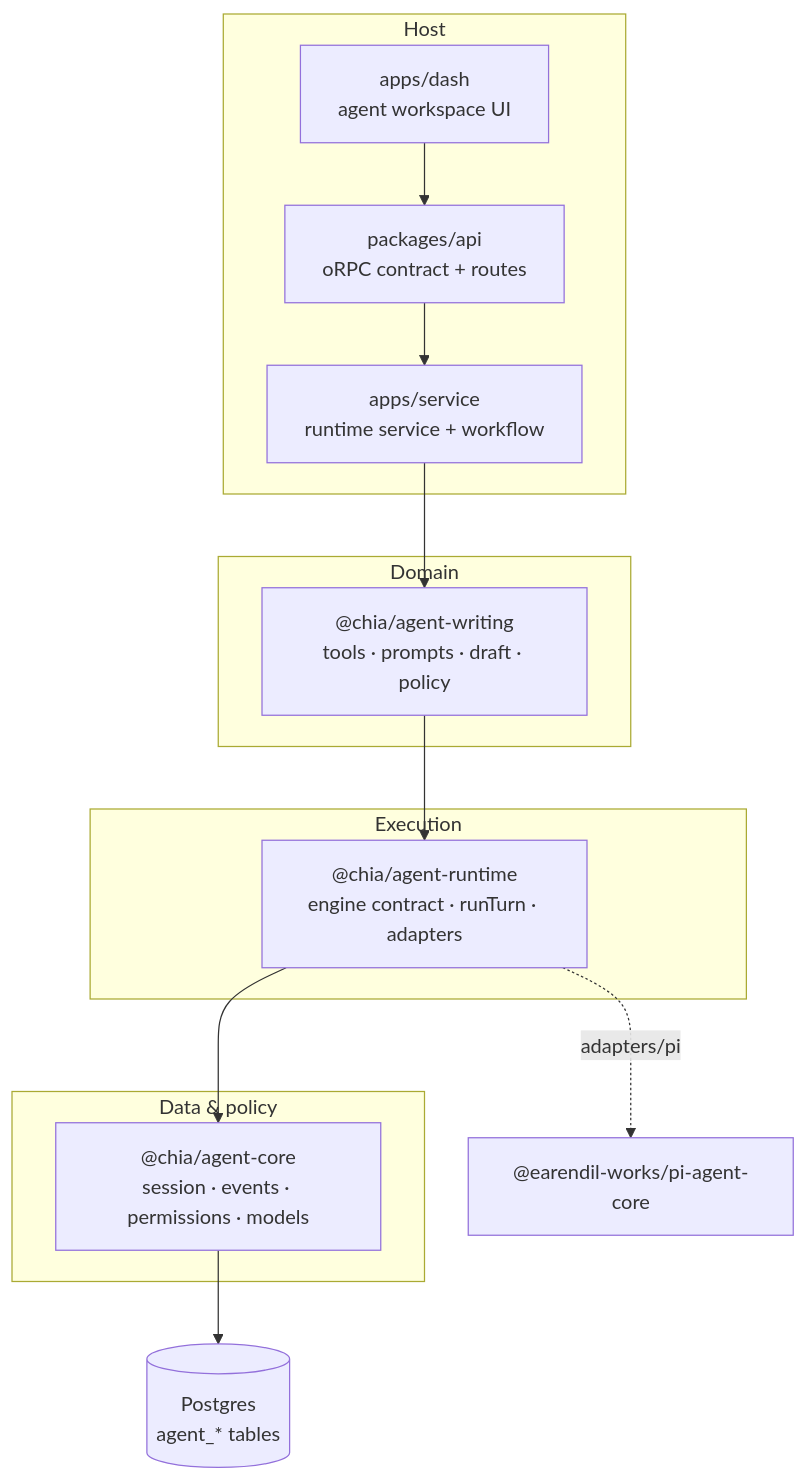
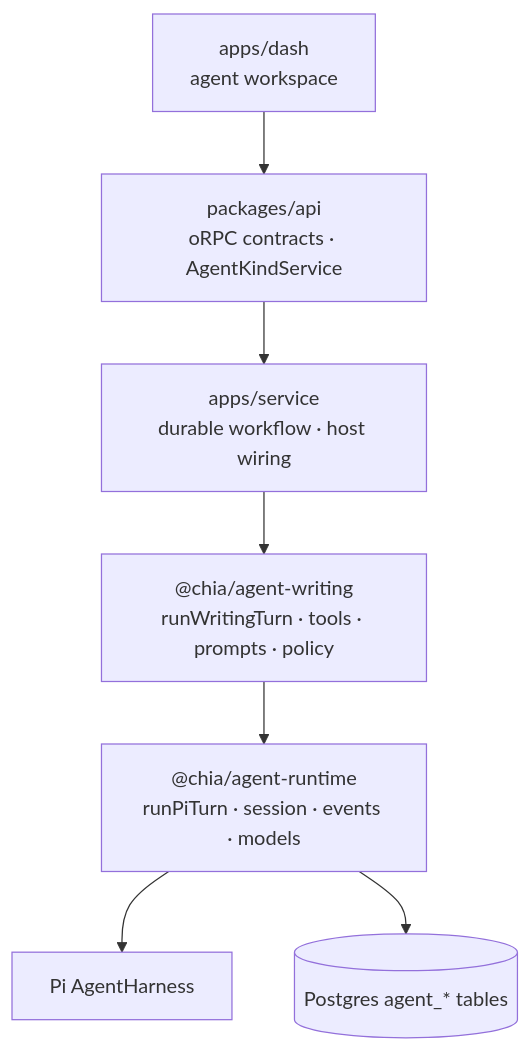
One commit to Chia1104/chia1104.dev changed the first of 3 diagrams in docs/agent-architecture.md. Above: the diagram before and after it, drawn with Mermaid. The commit also changed other lines of this file and 69 other files, not shown here.

Commit message:
refactor(agent): simplify agent harness architecture

````diff
--- a/docs/agent-architecture.md
+++ b/docs/agent-architecture.md
@@ -26,22 +21,9 @@
 ```mermaid
 flowchart TB
-    subgraph host["Host"]
-        dash["apps/dash<br/>agent workspace UI"]
-        api["packages/api<br/>oRPC contract + routes"]
-        svc["apps/service<br/>runtime service + workflow"]
-    end
-    subgraph domain["Domain"]
-        writing["@chia/agent-writing<br/>tools · prompts · draft · policy"]
-    end
-    subgraph exec["Execution"]
-        runtime["@chia/agent-runtime<br/>engine contract · runTurn · adapters"]
-    end
-    subgraph data["Data & policy"]
-        core["@chia/agent-core<br/>session · events · permissions · models"]
-    end
-
-    dash --> api --> svc
-    svc --> writing --> runtime --> core
-    runtime -.->|adapters/pi| pi["@earendil-works/pi-agent-core"]
-    core --> pg[("Postgres<br/>agent_* tables")]
+    dash["apps/dash<br/>agent workspace"] --> api["packages/api<br/>oRPC contracts · AgentKindService"]
+    api --> service["apps/service<br/>durable workflow · host wiring"]
+    service --> writing["@chia/agent-writing<br/>runWritingTurn · tools · prompts · policy"]
+    writing --> runtime["@chia/agent-runtime<br/>runPiTurn · session · events · models"]
+    runtime --> pi["Pi AgentHarness"]
+    runtime --> pg[("Postgres agent_* tables")]
 ```
````
